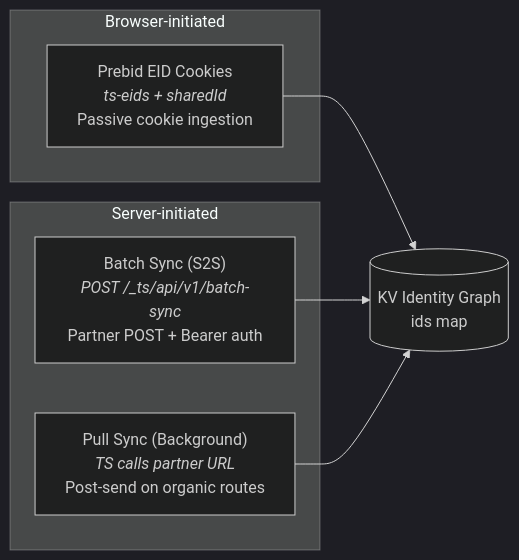
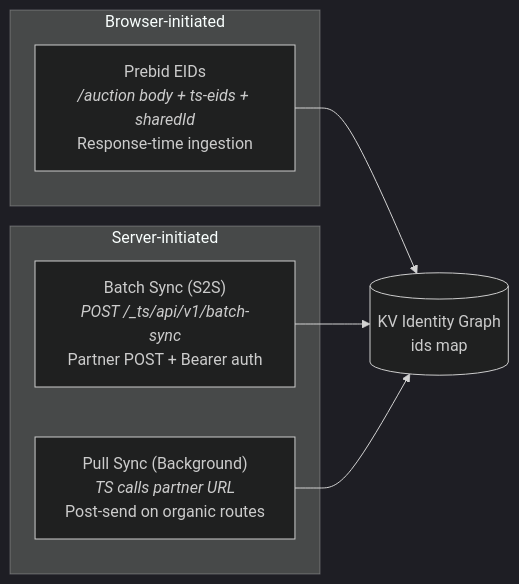
One commit to IABTechLab/trusted-server changed the fourth of 6 diagrams in docs/guide/edge-cookies.md. Above: the diagram before and after it, drawn with Mermaid (dark theme). The commit also changed other lines of this file and 13 other files, not shown here.

First line of the commit message:
Ingest /auction EIDs from the request body instead of the trimmed ts-eids cookie (#1188)

````diff
--- a/docs/guide/edge-cookies.md
+++ b/docs/guide/edge-cookies.md
@@ -133,15 +133,15 @@
 ```mermaid
 flowchart LR
     subgraph Browser-initiated
-        Prebid["Prebid EID Cookies<br/><i>ts-eids + sharedId</i><br/>Passive cookie ingestion"]
+        Prebid["Prebid EIDs<br/><i>/auction body + ts-eids + sharedId</i><br/>Response-time ingestion"]
     end
 
     subgraph Server-initiated
         Batch["Batch Sync (S2S)<br/><i>POST /_ts/api/v1/batch-sync</i><br/>Partner POST + Bearer auth"]
         Pull["Pull Sync (Background)<br/><i>TS calls partner URL</i><br/>Post-send on organic routes"]
     end
 
     Prebid --> KV[(KV Identity Graph<br/>ids map)]
     Batch --> KV
     Pull --> KV
 ```
````
